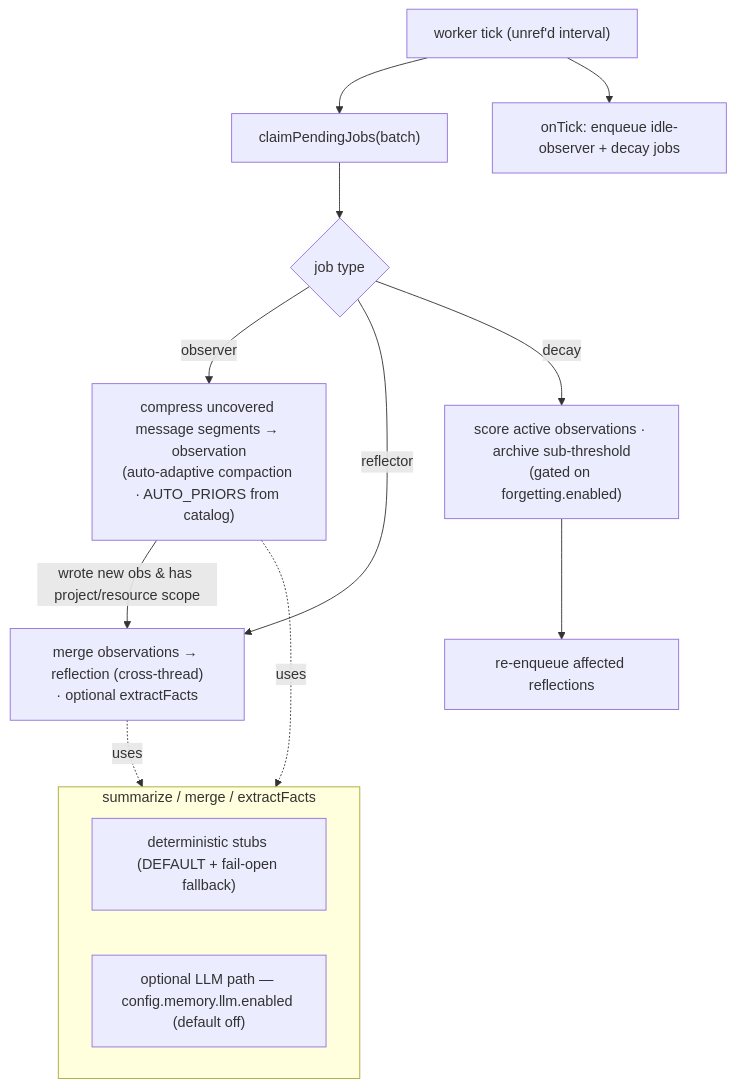
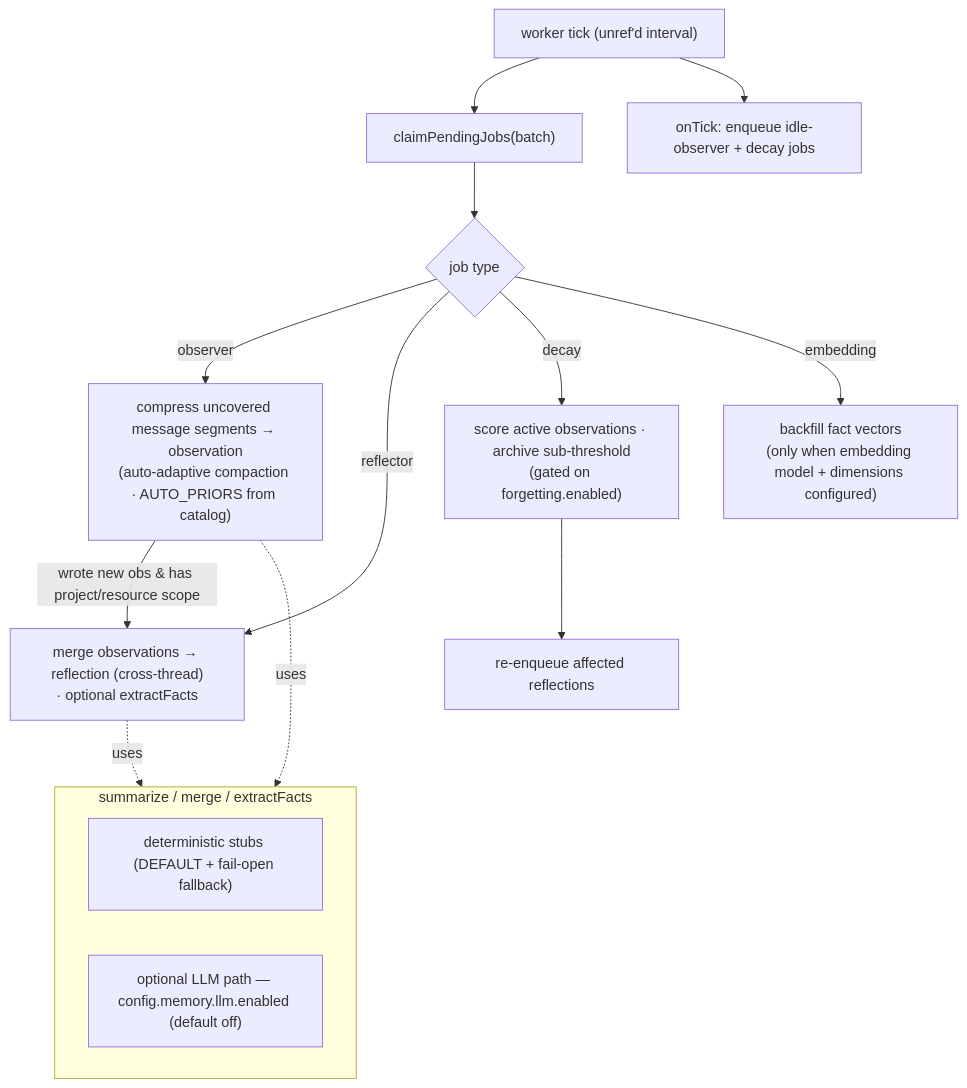
Diagram 11 of 13 in docs/architecture.md (EasyMetaAu/helm-api), drawn with Mermaid before and after one commit. The commit also changed other lines of this file and 30 other files, not shown here.

````diff
--- a/docs/architecture.md
+++ b/docs/architecture.md
@@ -419,18 +522,19 @@
 ```mermaid
 flowchart TD
     T["worker tick (unref'd interval)"] --> K["claimPendingJobs(batch)"]
     T --> H["onTick: enqueue idle-observer + decay jobs"]
     K --> J{"job type"}
     J -- "observer" --> O["compress uncovered message segments → observation<br/>(auto-adaptive compaction · AUTO_PRIORS from catalog)"]
     J -- "reflector" --> R["merge observations → reflection (cross-thread)<br/>· optional extractFacts"]
     J -- "decay" --> D["score active observations · archive sub-threshold<br/>(gated on forgetting.enabled)"]
+    J -- "embedding" --> E["backfill fact vectors<br/>(only when embedding model + dimensions configured)"]
     O -->|"wrote new obs & has project/resource scope"| R
     D --> RB["re-enqueue affected reflections"]
 
     subgraph llm["summarize / merge / extractFacts"]
         S1["deterministic stubs (DEFAULT + fail-open fallback)"]
         S2["optional LLM path — config.memory.llm.enabled (default off)"]
     end
-    O -.uses.-> llm
-    R -.uses.-> llm
+    O -.->|"uses"| llm
+    R -.->|"uses"| llm
 ```
````
